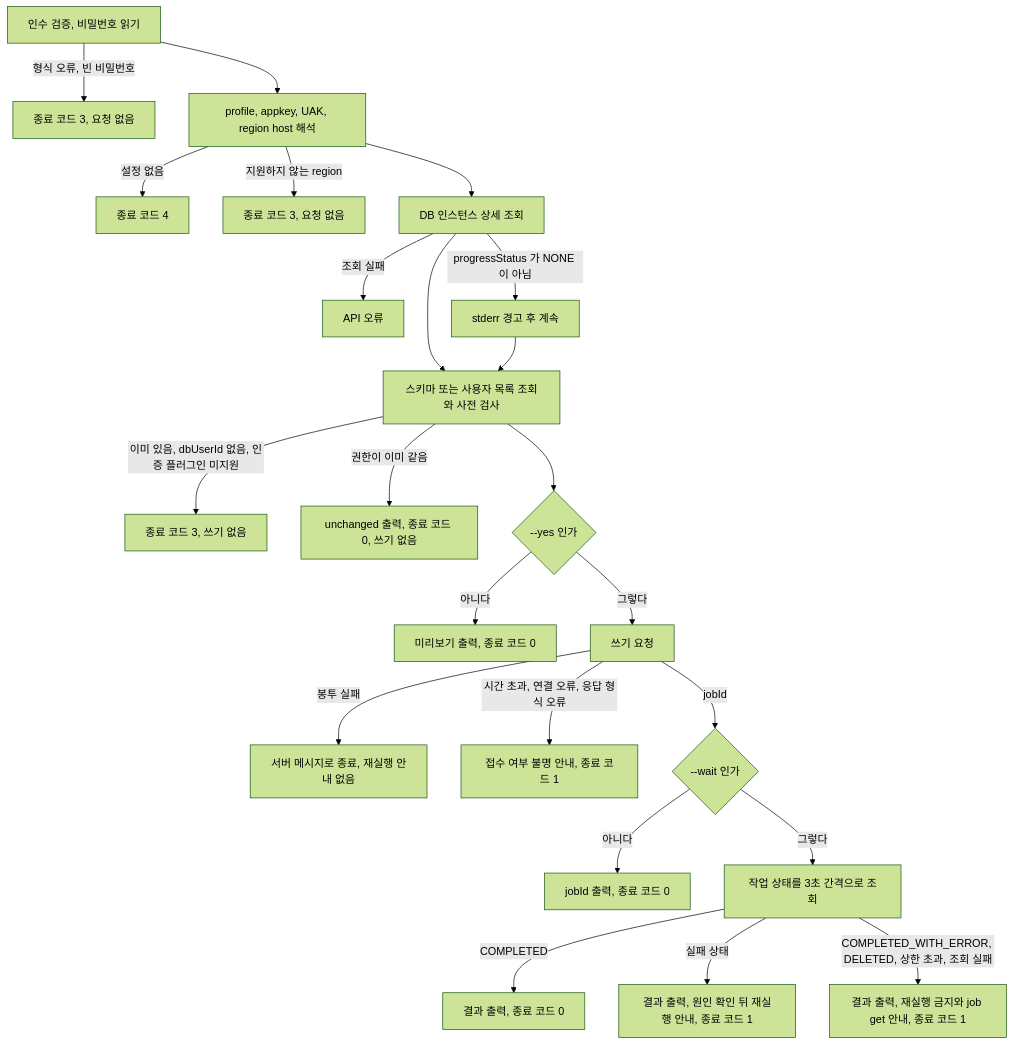
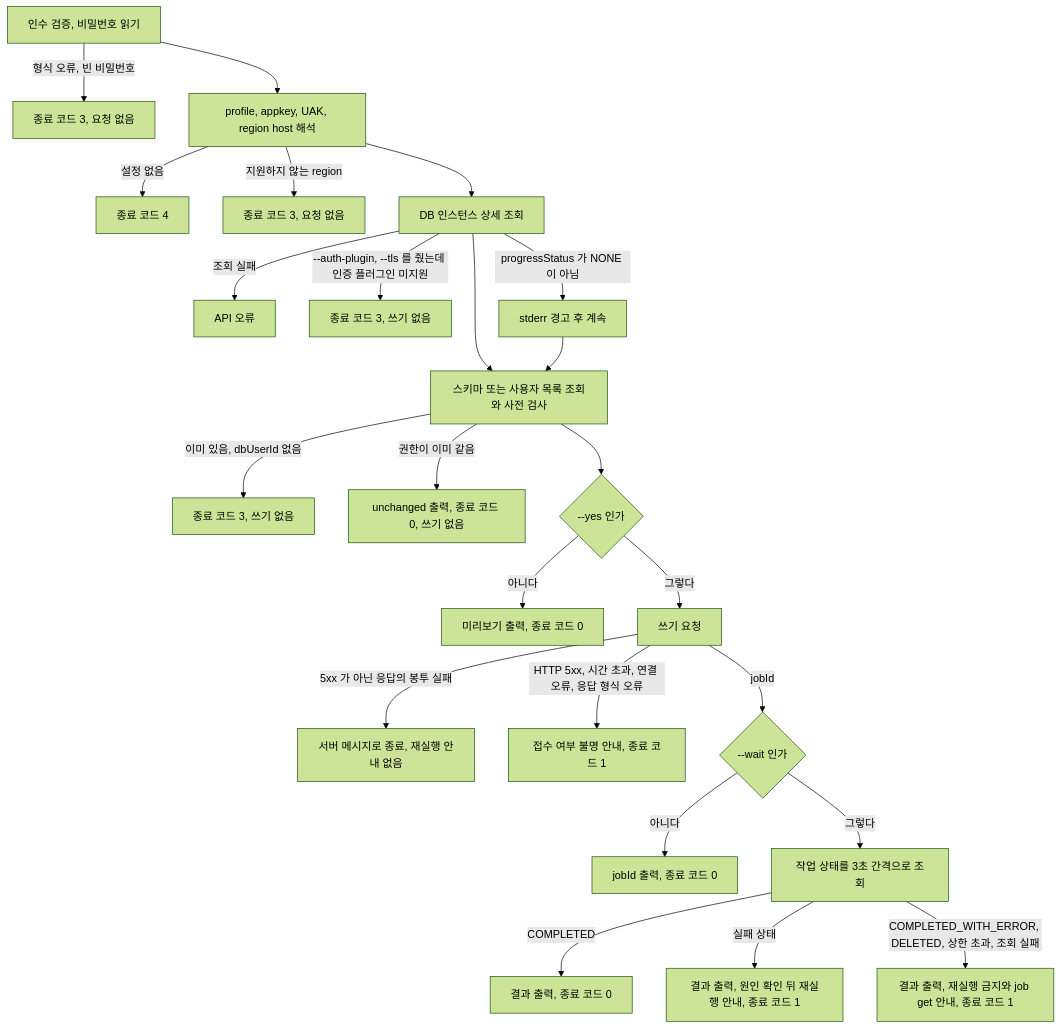
The third of 4 diagrams in docs/flow.md (huneea/nhncloud-cli), drawn with Mermaid (forest theme) before and after one commit. The commit also changed other lines of this file and 10 other files, not shown here.

````diff
--- a/docs/flow.md
+++ b/docs/flow.md
@@ -297,25 +298,26 @@
 ```mermaid
 flowchart TD
   A[인수 검증, 비밀번호 읽기] -->|형식 오류, 빈 비밀번호| E3[종료 코드 3, 요청 없음]
   A --> B[profile, appkey, UAK, region host 해석]
   B -->|설정 없음| E4[종료 코드 4]
   B -->|지원하지 않는 region| E3r[종료 코드 3, 요청 없음]
   B --> C[DB 인스턴스 상세 조회]
   C -->|조회 실패| E1[API 오류]
+  C -->|--auth-plugin, --tls 를 줬는데 인증 플러그인 미지원| E3p[종료 코드 3, 쓰기 없음]
   C -->|progressStatus 가 NONE 이 아님| W[stderr 경고 후 계속]
   C --> D[스키마 또는 사용자 목록 조회와 사전 검사]
   W --> D
-  D -->|이미 있음, dbUserId 없음, 인증 플러그인 미지원| E3b[종료 코드 3, 쓰기 없음]
+  D -->|이미 있음, dbUserId 없음| E3b[종료 코드 3, 쓰기 없음]
   D -->|권한이 이미 같음| U[unchanged 출력, 종료 코드 0, 쓰기 없음]
   D --> F{--yes 인가}
   F -->|아니다| P[미리보기 출력, 종료 코드 0]
   F -->|그렇다| G[쓰기 요청]
-  G -->|봉투 실패| K[서버 메시지로 종료, 재실행 안내 없음]
-  G -->|시간 초과, 연결 오류, 응답 형식 오류| X[접수 여부 불명 안내, 종료 코드 1]
+  G -->|5xx 가 아닌 응답의 봉투 실패| K[서버 메시지로 종료, 재실행 안내 없음]
+  G -->|HTTP 5xx, 시간 초과, 연결 오류, 응답 형식 오류| X[접수 여부 불명 안내, 종료 코드 1]
   G -->|jobId| H{--wait 인가}
   H -->|아니다| R[jobId 출력, 종료 코드 0]
   H -->|그렇다| J[작업 상태를 3초 간격으로 조회]
   J -->|COMPLETED| OK[결과 출력, 종료 코드 0]
   J -->|실패 상태| FAIL[결과 출력, 원인 확인 뒤 재실행 안내, 종료 코드 1]
   J -->|COMPLETED_WITH_ERROR, DELETED, 상한 초과, 조회 실패| UNK[결과 출력, 재실행 금지와 job get 안내, 종료 코드 1]
 ```
````
